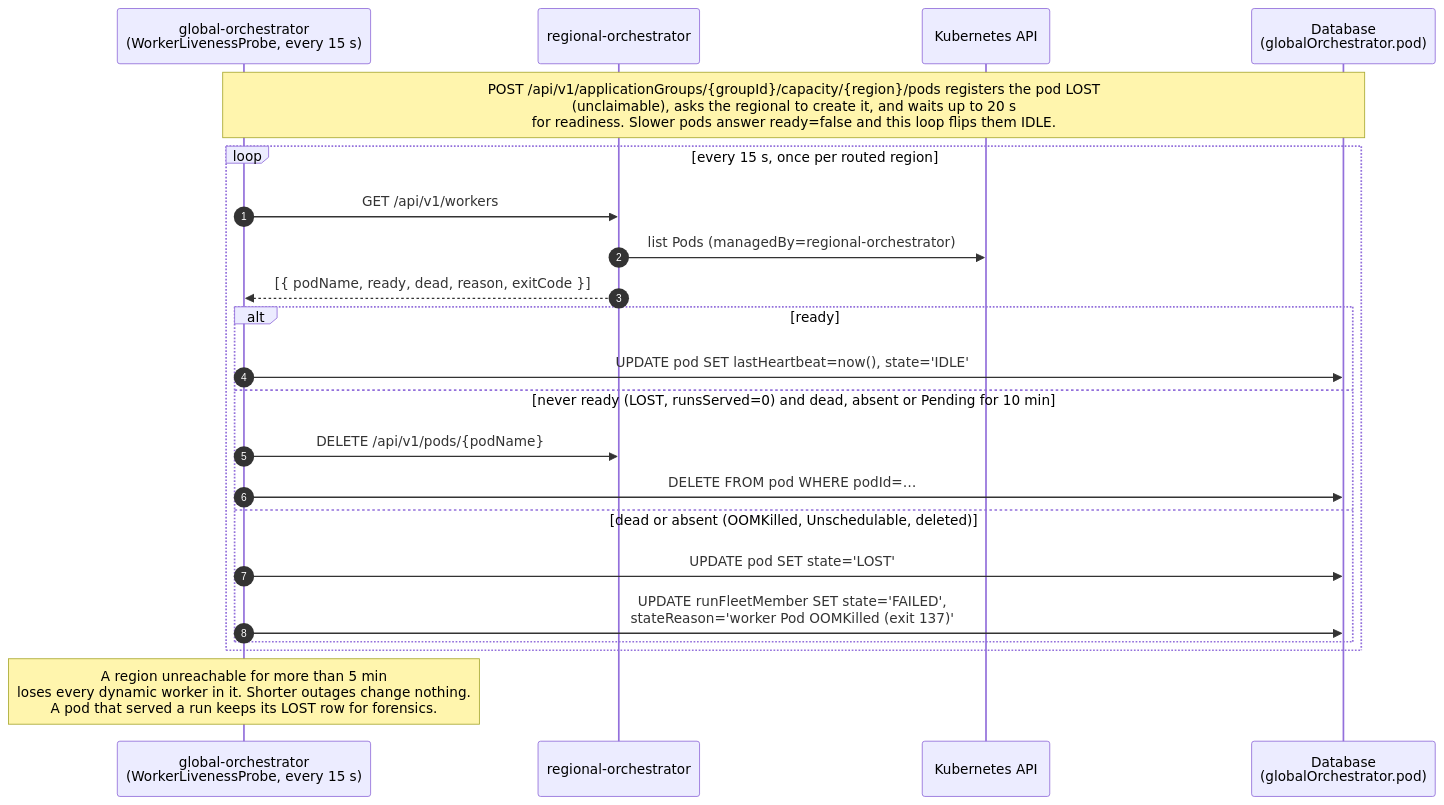
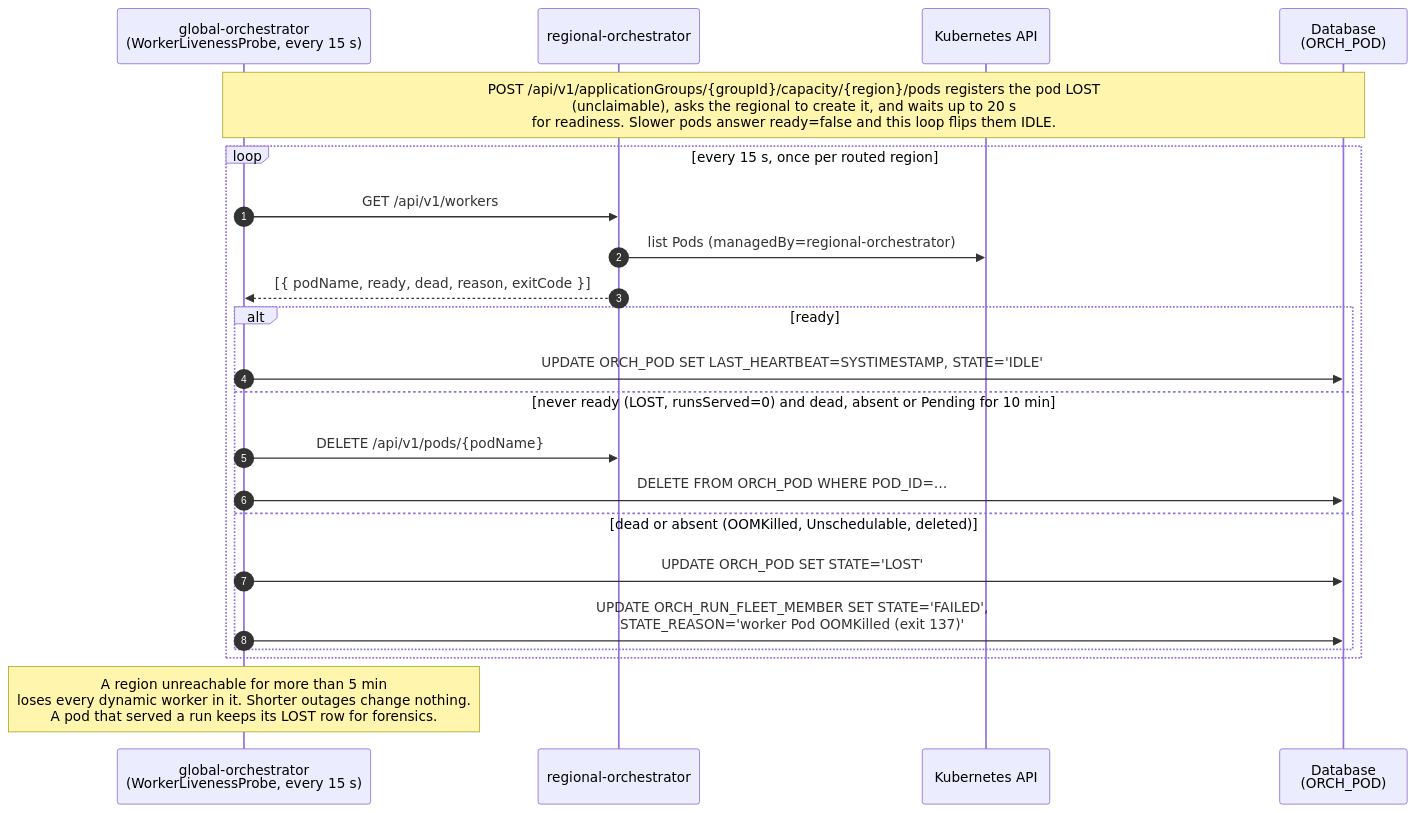
Before and after one commit to sharmakunal23/jmeter-cloud: the second of 6 diagrams in docs/flowDiagrams.md, drawn with Mermaid. The commit also changed other lines of this file and 32 other files, not shown here.

````diff
--- a/docs/flowDiagrams.md
+++ b/docs/flowDiagrams.md
@@ -85,26 +85,26 @@
 ```mermaid
 sequenceDiagram
     autonumber
     participant GO as global-orchestrator<br/>(WorkerLivenessProbe, every 15 s)
     participant RO as regional-orchestrator
     participant K8 as Kubernetes API
-    participant PG as Database<br/>(globalOrchestrator.pod)
+    participant DB as Database<br/>(ORCH_POD)
 
-    Note over GO,PG: POST /api/v1/applicationGroups/{groupId}/capacity/{region}/pods registers the pod LOST<br/>(unclaimable), asks the regional to create it, and waits up to 20 s<br/>for readiness. Slower pods answer ready=false and this loop flips them IDLE.
+    Note over GO,DB: POST /api/v1/applicationGroups/{groupId}/capacity/{region}/pods registers the pod LOST<br/>(unclaimable), asks the regional to create it, and waits up to 20 s<br/>for readiness. Slower pods answer ready=false and this loop flips them IDLE.
 
     loop every 15 s, once per routed region
         GO->>RO: GET /api/v1/workers
         RO->>K8: list Pods (managedBy=regional-orchestrator)
         RO-->>GO: [{ podName, ready, dead, reason, exitCode }]
         alt ready
-            GO->>PG: UPDATE pod SET lastHeartbeat=now(), state='IDLE'
+            GO->>DB: UPDATE ORCH_POD SET LAST_HEARTBEAT=SYSTIMESTAMP, STATE='IDLE'
         else never ready (LOST, runsServed=0) and dead, absent or Pending for 10 min
             GO->>RO: DELETE /api/v1/pods/{podName}
-            GO->>PG: DELETE FROM pod WHERE podId=…
+            GO->>DB: DELETE FROM ORCH_POD WHERE POD_ID=…
         else dead or absent (OOMKilled, Unschedulable, deleted)
-            GO->>PG: UPDATE pod SET state='LOST'
-            GO->>PG: UPDATE runFleetMember SET state='FAILED',<br/>stateReason='worker Pod OOMKilled (exit 137)'
+            GO->>DB: UPDATE ORCH_POD SET STATE='LOST'
+            GO->>DB: UPDATE ORCH_RUN_FLEET_MEMBER SET STATE='FAILED',<br/>STATE_REASON='worker Pod OOMKilled (exit 137)'
         end
     end
     Note over GO: A region unreachable for more than 5 min<br/>loses every dynamic worker in it. Shorter outages change nothing.<br/>A pod that served a run keeps its LOST row for forensics.
 ```
````
